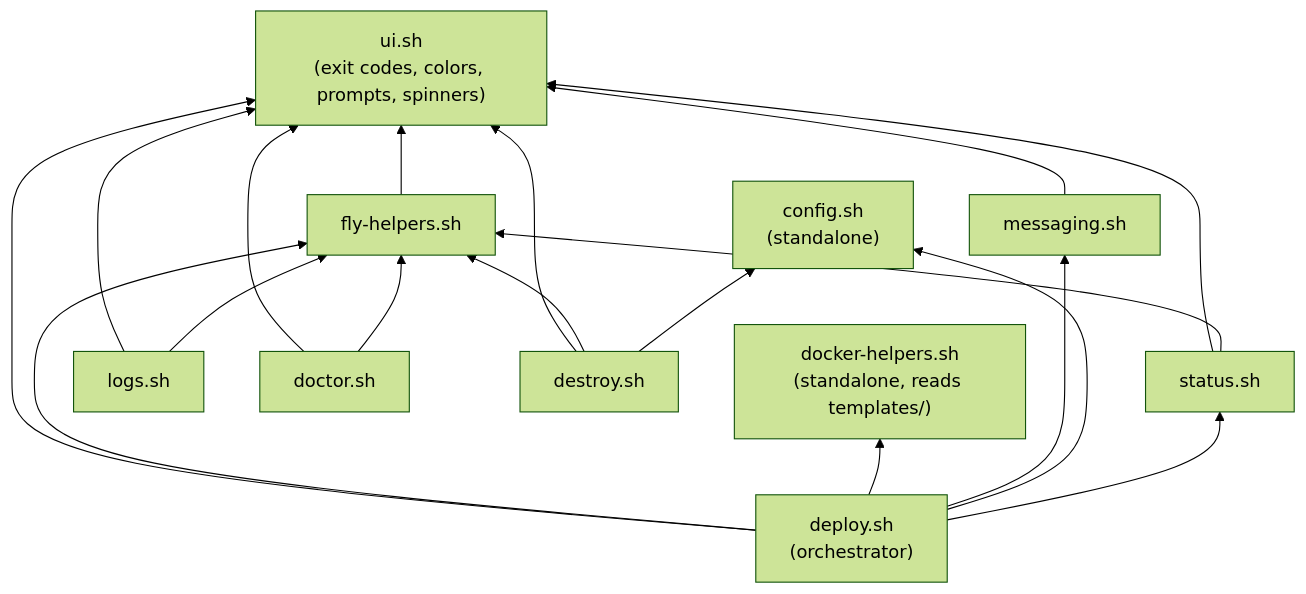
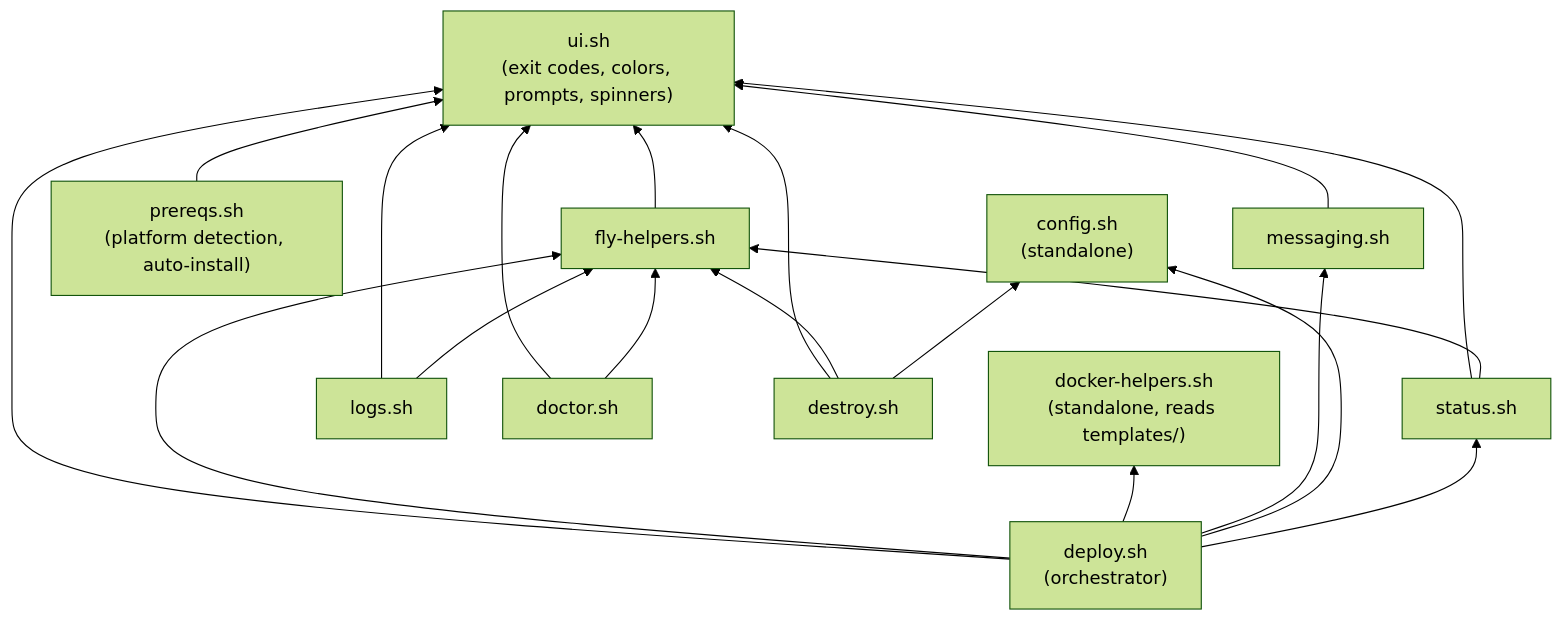
The second of 2 diagrams in docs/psf/00-hermes-fly-architecture-overview.md (AxDSan/hermes-fly), drawn with Mermaid (forest theme) before and after one commit. The commit also changed other lines of this file and 11 other files, not shown here.

````diff
--- a/docs/psf/00-hermes-fly-architecture-overview.md
+++ b/docs/psf/00-hermes-fly-architecture-overview.md
@@ -90,23 +93,24 @@
 ```mermaid
 graph BT
     UI["ui.sh<br/>(exit codes, colors, prompts, spinners)"]
     CONFIG["config.sh<br/>(standalone)"]
     DOCKER["docker-helpers.sh<br/>(standalone, reads templates/)"]
+    PREREQS["prereqs.sh<br/>(platform detection, auto-install)"] --> UI
     MSG["messaging.sh"] --> UI
     FLY["fly-helpers.sh"] --> UI
     STATUS["status.sh"] --> UI
     STATUS --> FLY
     LOGS["logs.sh"] --> UI
     LOGS --> FLY
     DOCTOR["doctor.sh"] --> UI
     DOCTOR --> FLY
     DESTROY["destroy.sh"] --> UI
     DESTROY --> FLY
     DESTROY --> CONFIG
     DEPLOY["deploy.sh<br/>(orchestrator)"] --> UI
     DEPLOY --> FLY
     DEPLOY --> DOCKER
     DEPLOY --> MSG
     DEPLOY --> CONFIG
     DEPLOY --> STATUS
 ```
````
